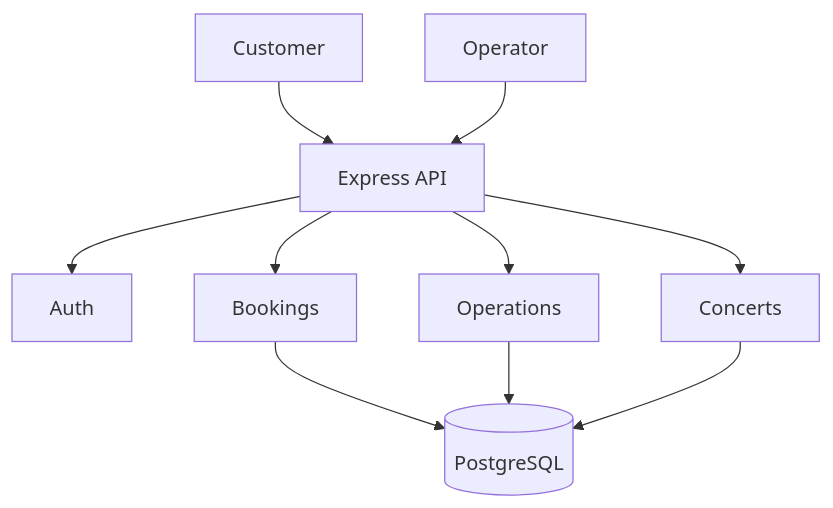
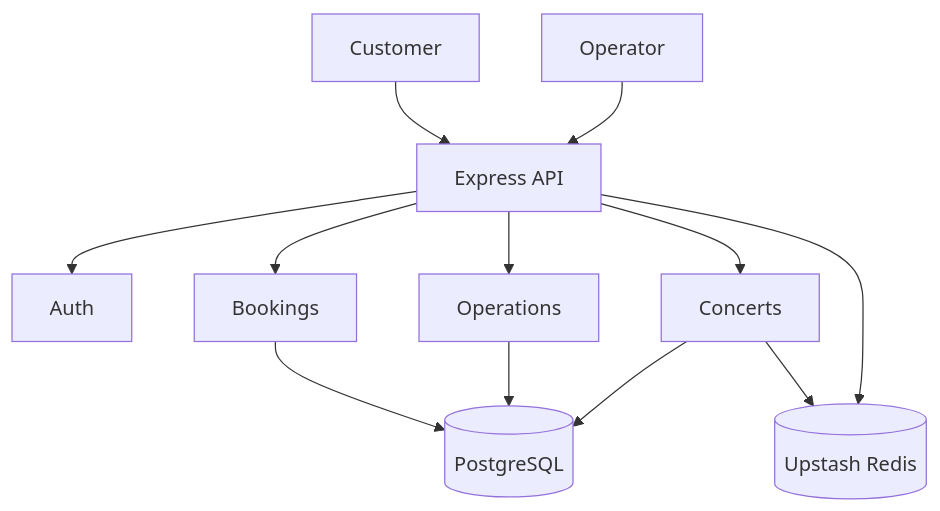
The diagram in docs/system-design.md (huysg136/ticket-booking-backend), drawn with Mermaid before and after one commit. The commit also changed other lines of this file and 11 other files, not shown here.

````diff
--- a/docs/system-design.md
+++ b/docs/system-design.md
@@ -5,12 +5,14 @@
 ```mermaid
 flowchart TD
   Customer --> API[Express API]
   Operator --> API
   API --> Auth
   API --> Concerts
   API --> Bookings
   API --> Operations
   Bookings --> PG[(PostgreSQL)]
   Operations --> PG
   Concerts --> PG
+  Concerts --> Redis[(Upstash Redis)]
+  API --> Redis
 ```
````
